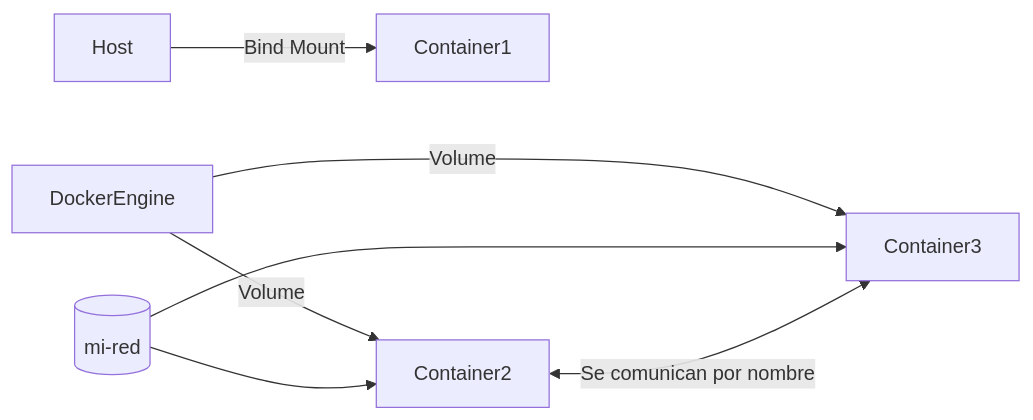
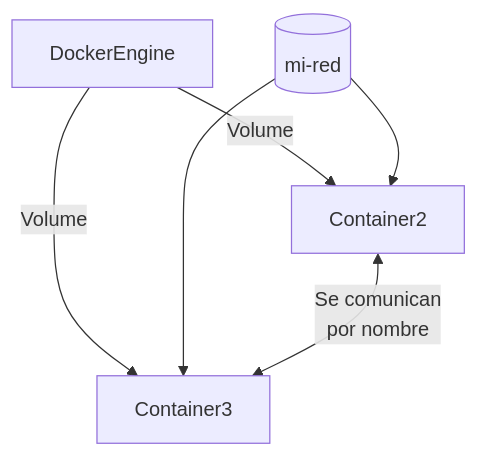
Diagram 21 of 21 in slides/03-docker-datos-redes.qmd (map0logo/curso-docker-k8s), drawn with Mermaid before and after one commit. The commit also changed other lines of this file and 2 other files, not shown here.

````diff
--- a/slides/03-docker-datos-redes.qmd
+++ b/slides/03-docker-datos-redes.qmd
@@ -647,9 +868,9 @@
 ```{mermaid}
-graph LR
-  Host -->|Bind Mount| Container1
+graph TB
   DockerEngine -->|Volume| Container2
   DockerEngine -->|Volume| Container3
   Network[(mi-red)] --> Container2
   Network --> Container3
-  Container2 <-->|Se comunican por nombre| Container3
+  Container2 <-->|"Se comunican
+  por nombre"| Container3
 ```
````
